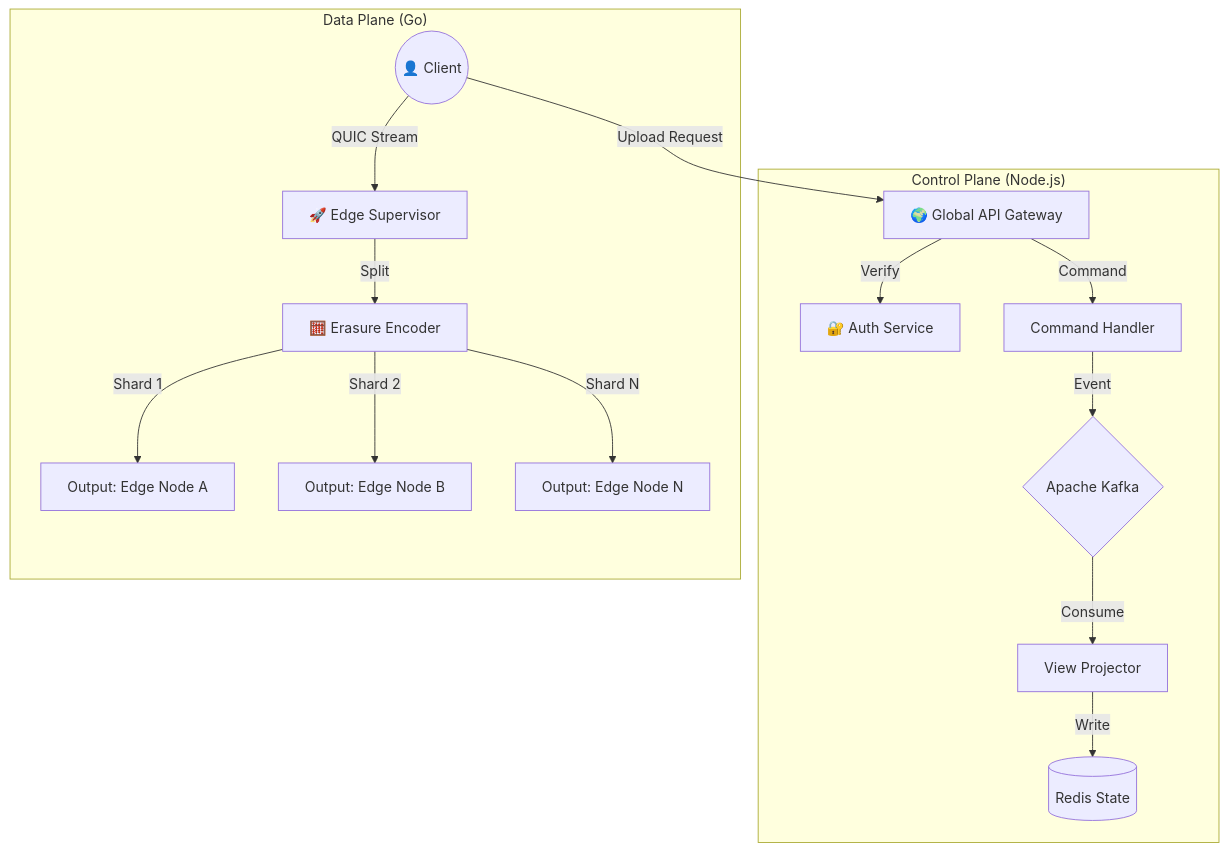
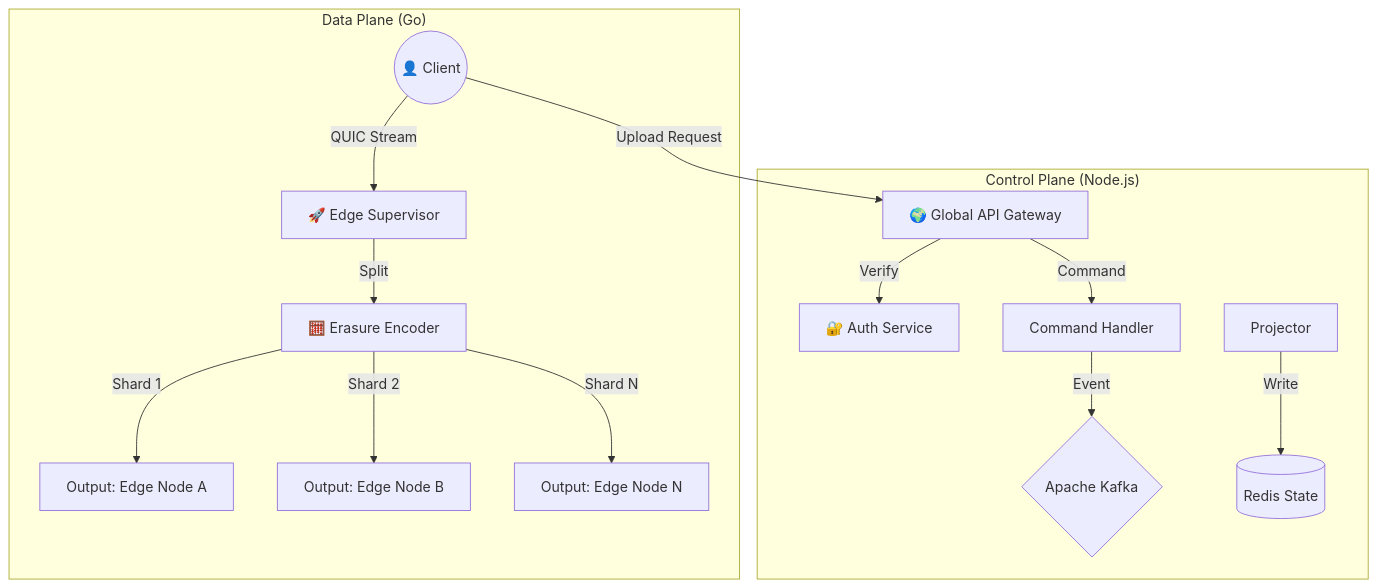
The first of 3 diagrams in README.md (ashwinrmcf/Timber), drawn with Mermaid before and after one commit. The commit also changed other lines of this file, not shown here.

````diff
--- a/README.md
+++ b/README.md
@@ -52,20 +52,19 @@
 ```mermaid
 graph TD
     User((👤 Client)) -->|Upload Request| Gateway[🌍 Global API Gateway]
     
     subgraph "Control Plane (Node.js)"
         Gateway -->|Verify| Auth[🔐 Auth Service]
         Gateway -->|Command| CmdHandler[Command Handler]
         CmdHandler -->|Event| Kafka{Apache Kafka}
-        Kafka -->|Consume| Projector[View Projector]
         Projector -->|Write| Redis[(Redis State)]
     end
     
     subgraph "Data Plane (Go)"
         User -->|QUIC Stream| EdgeSupervisor[🚀 Edge Supervisor]
         EdgeSupervisor -->|Split| Encoder[🧮 Erasure Encoder]
         Encoder -->|Shard 1| Node1[Output: Edge Node A]
         Encoder -->|Shard 2| Node2[Output: Edge Node B]
         Encoder -->|Shard N| NodeN[Output: Edge Node N]
     end
 ```
````
